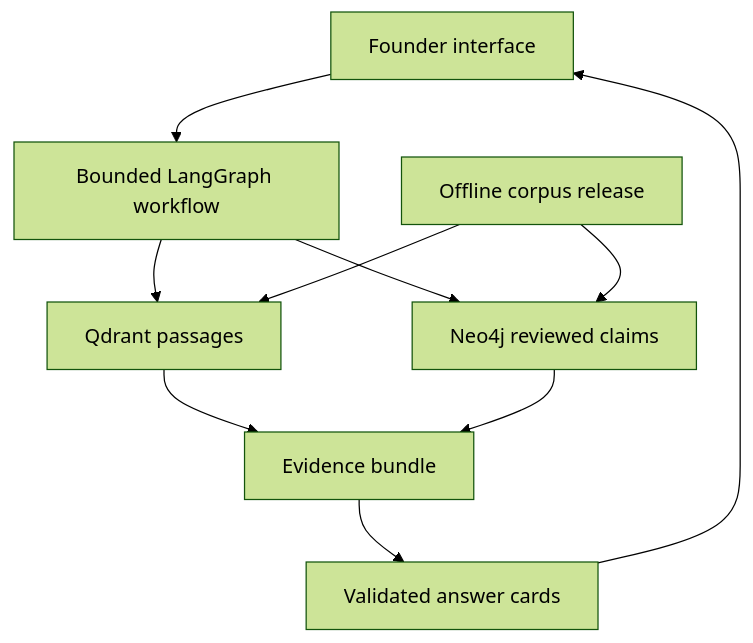
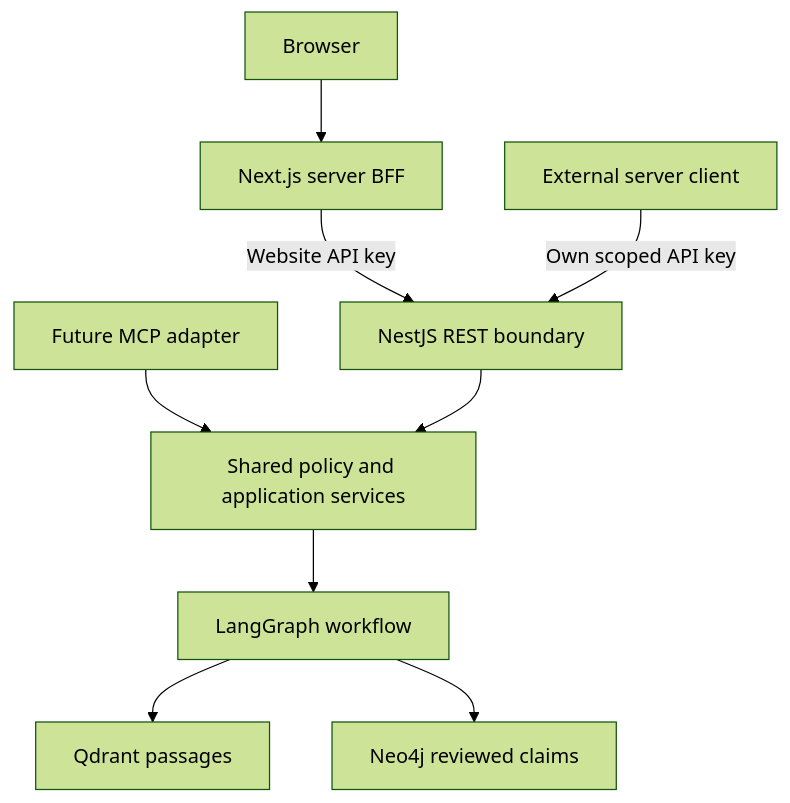
The diagram in docs/03-architecture.md (nissan/oz-startup-brain), drawn with Mermaid (forest theme) before and after one commit. The commit also changed other lines of this file and 7 other files, not shown here.

Commit message:
docs: require API-first NestJS backend with scoped client access and future MCP adapter

````diff
--- a/docs/03-architecture.md
+++ b/docs/03-architecture.md
@@ -9,12 +11,11 @@
 ```mermaid
 flowchart TD
-  U["Founder interface"] --> W["Bounded LangGraph workflow"]
+  U["Browser"] --> B["Next.js server BFF"]
+  B -->|"Website API key"| A["NestJS REST boundary"]
+  X["External server client"] -->|"Own scoped API key"| A
+  M["Future MCP adapter"] --> P["Shared policy and application services"]
+  A --> P
+  P --> W["LangGraph workflow"]
   W --> V["Qdrant passages"]
   W --> G["Neo4j reviewed claims"]
-  V --> E["Evidence bundle"]
-  G --> E
-  E --> A["Validated answer cards"]
-  A --> U
-  C["Offline corpus release"] --> V
-  C --> G
 ```
````
